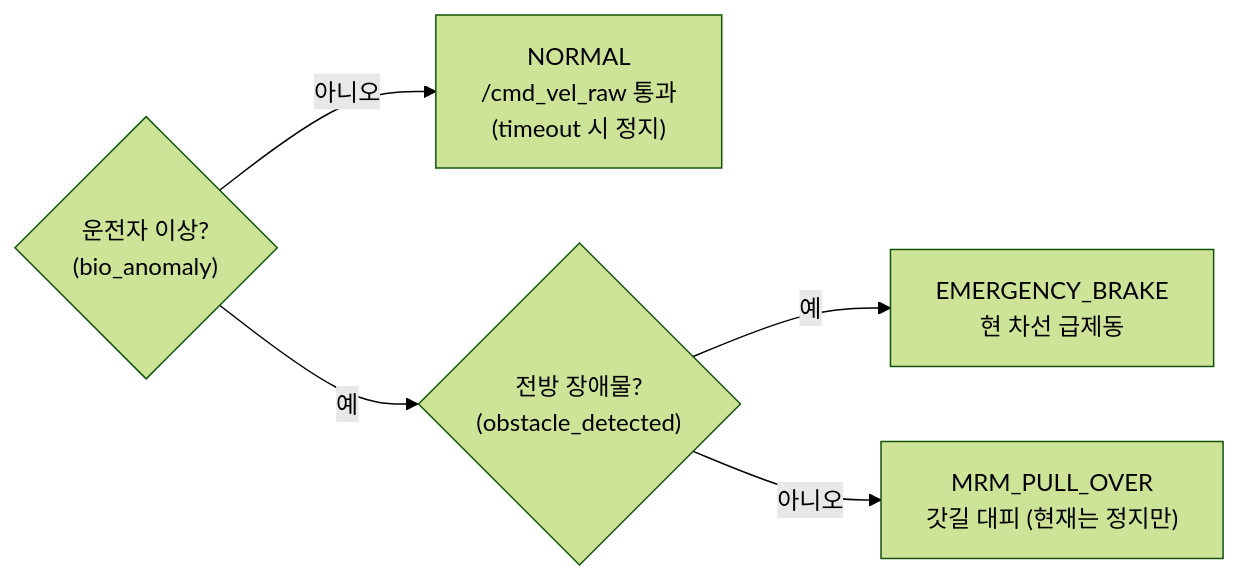
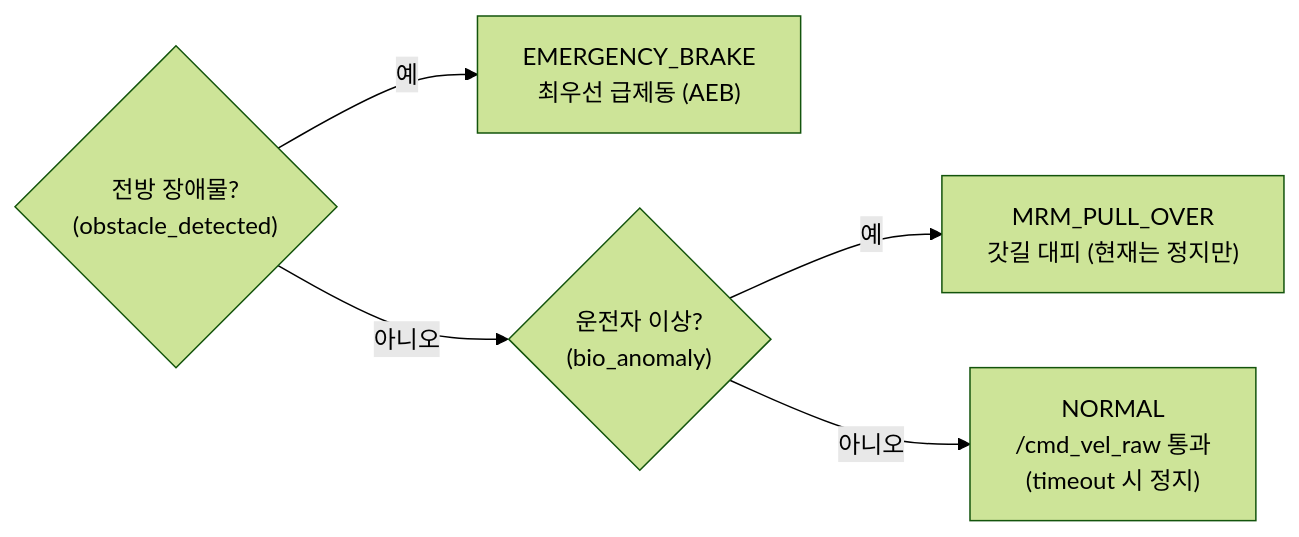
One commit to seungwp/2026_CDP changed the second of 2 diagrams in README.md. Above: the diagram before and after it, drawn with Mermaid (forest theme). The commit also changed other lines of this file and 6 other files, not shown here.

````diff
--- a/README.md
+++ b/README.md
@@ -84,7 +90,7 @@
 ```mermaid
 flowchart LR
-    A{"운전자 이상?<br/>(bio_anomaly)"} -- 아니오 --> N["NORMAL<br/>/cmd_vel_raw 통과<br/>(timeout 시 정지)"]
-    A -- 예 --> B{"전방 장애물?<br/>(obstacle_detected)"}
-    B -- 예 --> E["EMERGENCY_BRAKE<br/>현 차선 급제동"]
-    B -- 아니오 --> M["MRM_PULL_OVER<br/>갓길 대피 (현재는 정지만)"]
+    A{"전방 장애물?<br/>(obstacle_detected)"} -- 예 --> E["EMERGENCY_BRAKE<br/>최우선 급제동 (AEB)"]
+    A -- 아니오 --> B{"운전자 이상?<br/>(bio_anomaly)"}
+    B -- 예 --> M["MRM_PULL_OVER<br/>갓길 대피 (현재는 정지만)"]
+    B -- 아니오 --> N["NORMAL<br/>/cmd_vel_raw 통과<br/>(timeout 시 정지)"]
 ```
````
